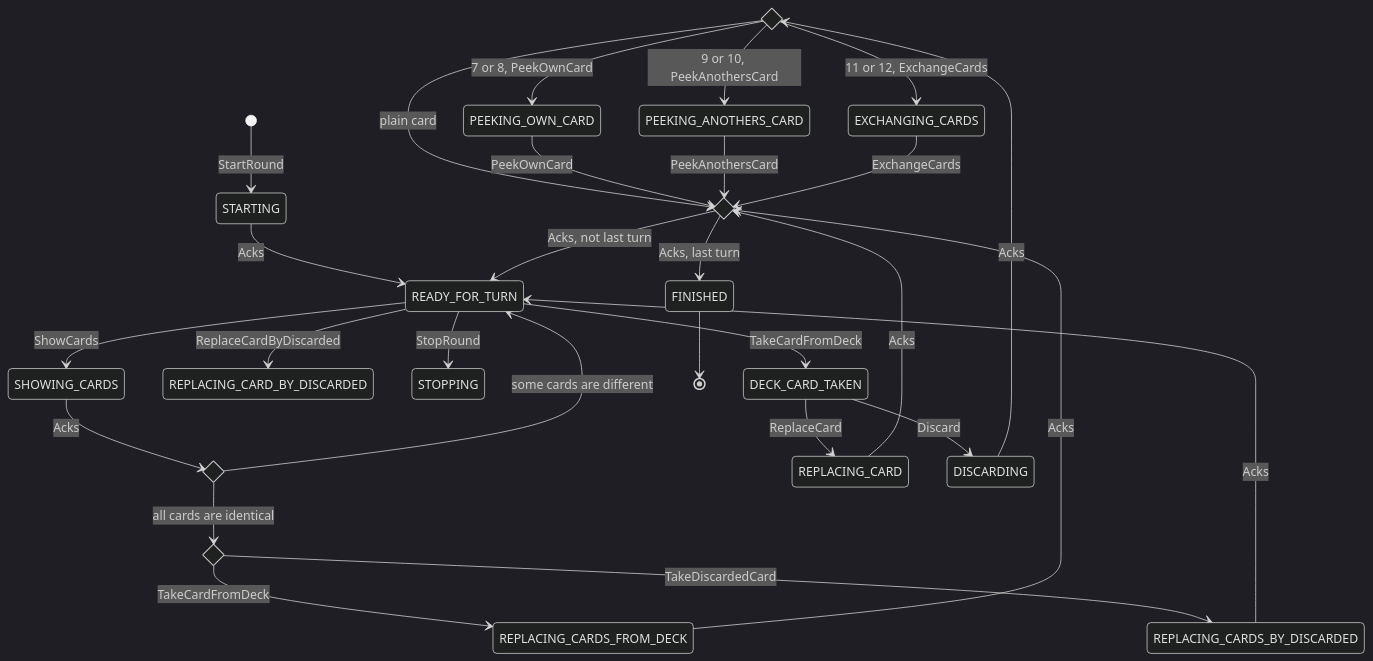
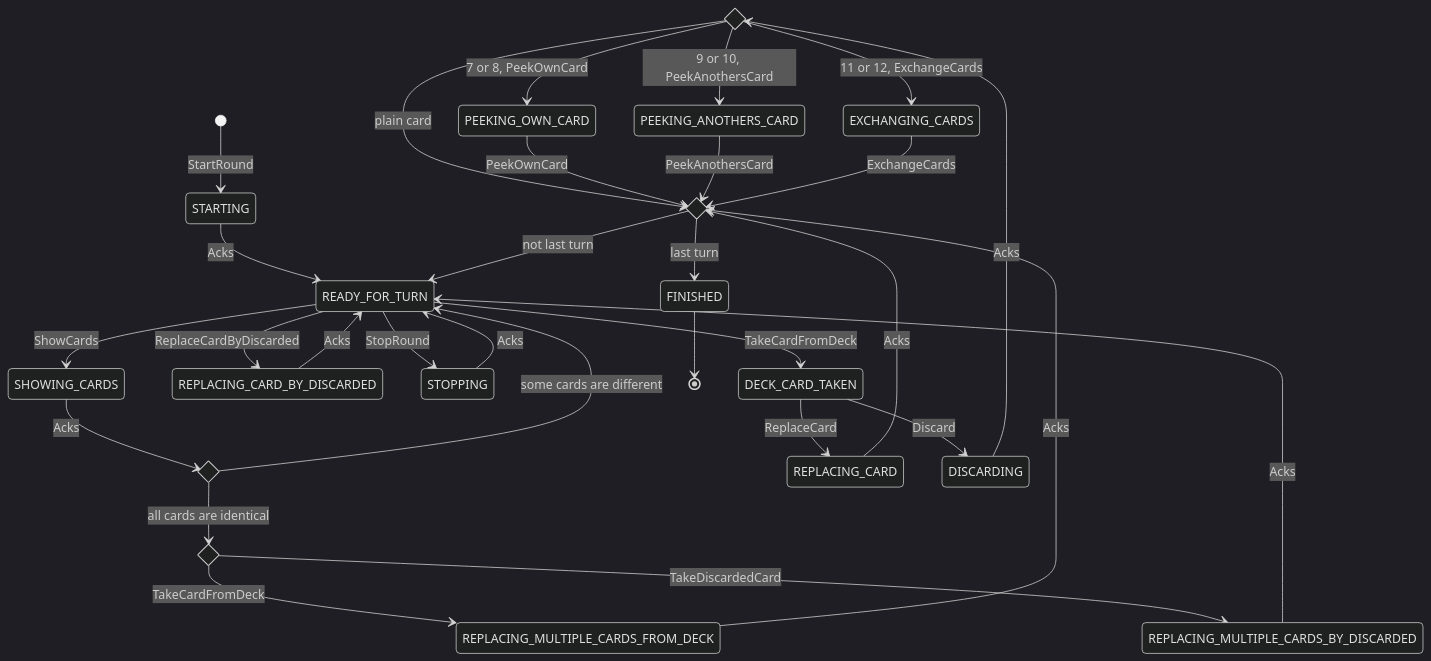
Before and after one commit to roman-zubarevich/another: the first of 15 diagrams in README.md, drawn with Mermaid (dark theme).

Commit message:
adjust readme

````diff
--- a/README.md
+++ b/README.md
@@ -7,34 +7,36 @@
 ```mermaid
 stateDiagram-v2
     state discarded <<choice>>
     state comparing_cards <<choice>>
     state replacing_cards <<choice>>
     state turn_done <<choice>>
     [*] --> STARTING: StartRound
     STARTING --> READY_FOR_TURN: Acks
     READY_FOR_TURN --> DECK_CARD_TAKEN: TakeCardFromDeck
     READY_FOR_TURN --> REPLACING_CARD_BY_DISCARDED: ReplaceCardByDiscarded
     READY_FOR_TURN --> STOPPING: StopRound
     READY_FOR_TURN --> SHOWING_CARDS: ShowCards
     SHOWING_CARDS --> comparing_cards: Acks
     comparing_cards --> READY_FOR_TURN: some cards are different
     comparing_cards --> replacing_cards: all cards are identical
-    replacing_cards --> REPLACING_CARDS_FROM_DECK: TakeCardFromDeck
-    replacing_cards --> REPLACING_CARDS_BY_DISCARDED: TakeDiscardedCard
+    replacing_cards --> REPLACING_MULTIPLE_CARDS_FROM_DECK: TakeCardFromDeck
+    replacing_cards --> REPLACING_MULTIPLE_CARDS_BY_DISCARDED: TakeDiscardedCard
     DECK_CARD_TAKEN --> REPLACING_CARD: ReplaceCard
     REPLACING_CARD --> turn_done: Acks
     DECK_CARD_TAKEN --> DISCARDING: Discard
     DISCARDING --> discarded: Acks
     discarded --> turn_done: plain card
     discarded --> PEEKING_OWN_CARD: 7 or 8, PeekOwnCard
     discarded --> PEEKING_ANOTHERS_CARD: 9 or 10, PeekAnothersCard
     discarded --> EXCHANGING_CARDS: 11 or 12, ExchangeCards
-    REPLACING_CARDS_BY_DISCARDED --> READY_FOR_TURN: Acks
-    REPLACING_CARDS_FROM_DECK --> turn_done: Acks
+    REPLACING_CARD_BY_DISCARDED --> READY_FOR_TURN: Acks
+    REPLACING_MULTIPLE_CARDS_BY_DISCARDED --> READY_FOR_TURN: Acks
+    STOPPING --> READY_FOR_TURN: Acks
+    REPLACING_MULTIPLE_CARDS_FROM_DECK --> turn_done: Acks
     PEEKING_OWN_CARD --> turn_done: PeekOwnCard
     PEEKING_ANOTHERS_CARD --> turn_done: PeekAnothersCard
     EXCHANGING_CARDS --> turn_done: ExchangeCards
-    turn_done --> READY_FOR_TURN: Acks, not last turn
-    turn_done --> FINISHED: Acks, last turn
+    turn_done --> READY_FOR_TURN: not last turn
+    turn_done --> FINISHED: last turn
     FINISHED --> [*]
 ```
````
